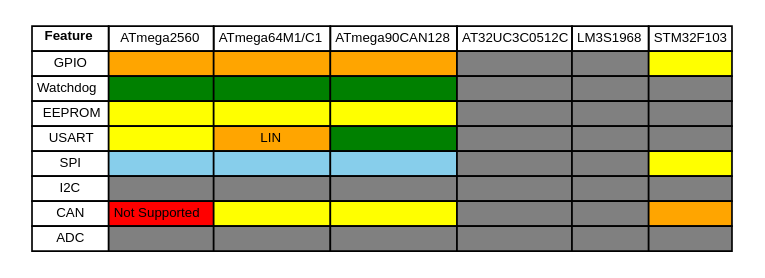
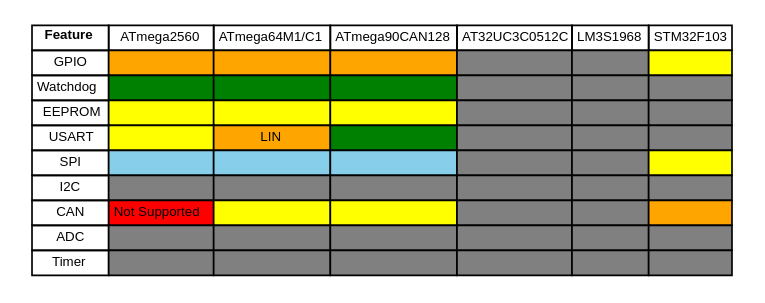
One commit to Aeronavics/ValleyForge changed the diagram in doc/zim-valleyforge/HAL/img/support-table.dot. Above: the diagram before and after it, drawn with Graphviz. The commit also changed 15 other files, not shown here.

```diff
--- a/doc/zim-valleyforge/HAL/img/support-table.dot
+++ b/doc/zim-valleyforge/HAL/img/support-table.dot
@@ -1,90 +1,99 @@
 digraph structs {
 node [shape=plaintext]
 struct1 [label=<
 <FONT POINT-SIZE="8" FACE="sans-serif">
 <TABLE BORDER="0" CELLBORDER="1" CELLSPACING="0" CELLPADDING="2">
 
 <tr><td><b>Feature</b></td>
 	<td>ATmega2560</td>
 	<td>ATmega64M1/C1</td>
 	<td>ATmega90CAN128</td>
 	<td>AT32UC3C0512C</td>
 	<td>LM3S1968</td>
 	<td>STM32F103</td>
 </tr>
 
 <tr><td>GPIO</td>
 	<td bgcolor="orange"></td>
 	<td bgcolor="orange"></td>
 	<td bgcolor="orange"></td>
 	<td bgcolor="gray"></td>
 	<td bgcolor="gray"></td>
 	<td bgcolor="yellow"></td>
 </tr>
 
 <tr><td>Watchdog</td>
 	<td bgcolor="green"></td>
 	<td bgcolor="green"></td>
 	<td bgcolor="green"></td>
 	<td bgcolor="gray"></td>
 	<td bgcolor="gray"></td>
 	<td bgcolor="gray"></td>
 </tr>
 
 <tr><td>EEPROM</td>
 	<td bgcolor="yellow"></td>
 	<td bgcolor="yellow"></td>
 	<td bgcolor="yellow"></td>
 	<td bgcolor="gray"></td>
 	<td bgcolor="gray"></td>
 	<td bgcolor="gray"></td>
 </tr>
 
 <tr><td>USART</td>
 	<td bgcolor="yellow"></td>
 	<td bgcolor="orange">LIN</td>
 	<td bgcolor="green"></td>
 	<td bgcolor="gray"></td>
 	<td bgcolor="gray"></td>
 	<td bgcolor="gray"></td>
 </tr>
 
 <tr><td>SPI</td>
 	<td bgcolor="skyblue"></td>
 	<td bgcolor="skyblue"></td>
 	<td bgcolor="skyblue"></td>
 	<td bgcolor="gray"></td>
 	<td bgcolor="gray"></td>
 	<td bgcolor="yellow"></td>
 </tr>
 
 <tr><td>I2C</td>
 	<td bgcolor="gray"></td>
 	<td bgcolor="gray"></td>
 	<td bgcolor="gray"></td>
 	<td bgcolor="gray"></td>
 	<td bgcolor="gray"></td>
 	<td bgcolor="gray"></td>
 </tr>
 
 <tr><td>CAN</td>
 	<td bgcolor="red">Not Supported</td>
 	<td bgcolor="yellow"></td>
 	<td bgcolor="yellow"></td>
 	<td bgcolor="gray"></td>
 	<td bgcolor="gray"></td>
 	<td bgcolor="orange"></td>
 </tr>
 
 <tr><td>ADC</td>
 	<td bgcolor="gray"></td>
 	<td bgcolor="gray"></td>
 	<td bgcolor="gray"></td>
 	<td bgcolor="gray"></td>
 	<td bgcolor="gray"></td>
 	<td bgcolor="gray"></td>
 </tr>
 
+<tr><td>Timer</td>
+	<td bgcolor="gray"></td>
+	<td bgcolor="gray"></td>
+	<td bgcolor="gray"></td>
+	<td bgcolor="gray"></td>
+	<td bgcolor="gray"></td>
+	<td bgcolor="gray"></td>
+</tr>
+
 </TABLE></FONT>
 >];
 }
```
